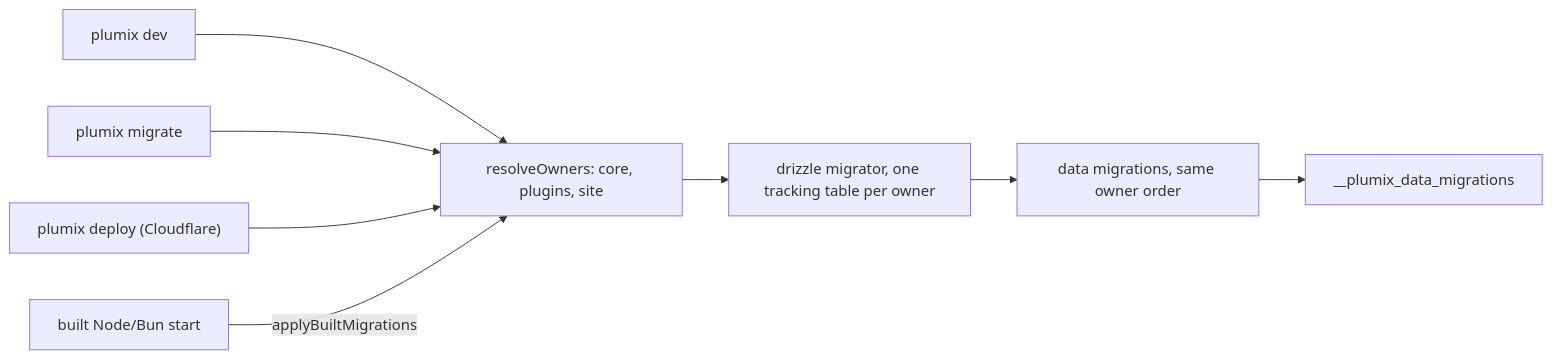
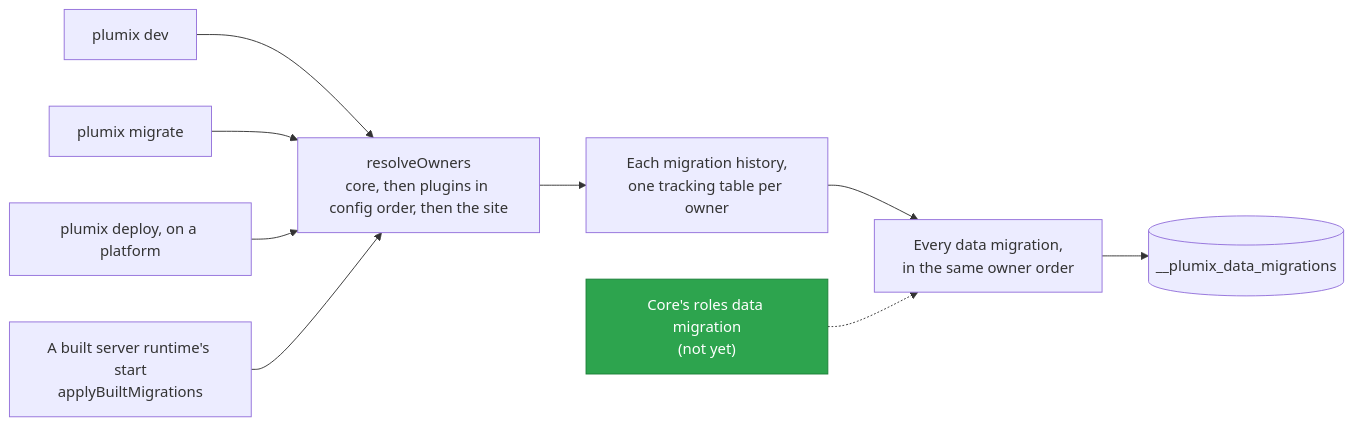
One commit to withplumix/plumix changed the diagram in docs/architecture/migrations.md. Above: the diagram before and after it, drawn with Mermaid. The commit also changed other lines of this file and 21 other files, not shown here.

````diff
--- a/docs/architecture/migrations.md
+++ b/docs/architecture/migrations.md
@@ -13,10 +16,14 @@
 ```mermaid
 flowchart LR
-  owners["resolveOwners: core, plugins, site"] --> schema["drizzle migrator, one tracking table per owner"]
-  schema --> data["data migrations, same owner order"]
-  data --> track["__plumix_data_migrations"]
   dev["plumix dev"] --> owners
   migrate["plumix migrate"] --> owners
-  deploy["plumix deploy (Cloudflare)"] --> owners
-  start["built Node/Bun start"] -->|applyBuiltMigrations| owners
+  deploy["plumix deploy, on a platform"] --> owners
+  start["A built server runtime's start<br/>applyBuiltMigrations"] --> owners
+  owners["resolveOwners<br/>core, then plugins in config order, then the site"] --> schema["Each migration history,<br/>one tracking table per owner"]
+  schema --> data["Every data migration,<br/>in the same owner order"]
+  data --> track[("__plumix_data_migrations")]
+  roles["Core's roles data migration<br/>(not yet)"] -.-> data
+
+  classDef goal fill:#2da44e,stroke:#1a7f37,color:#fff
+  class roles goal
 ```
````
